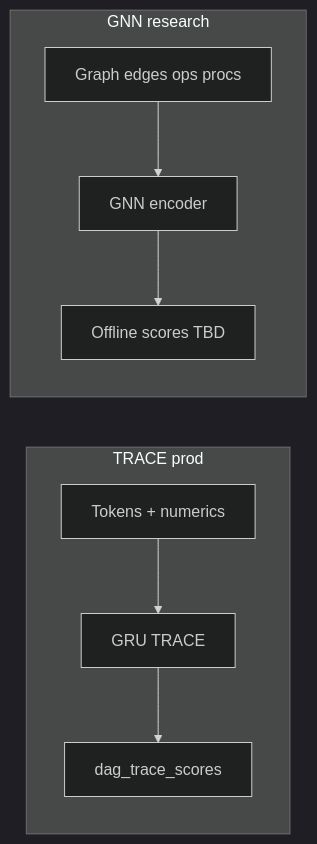
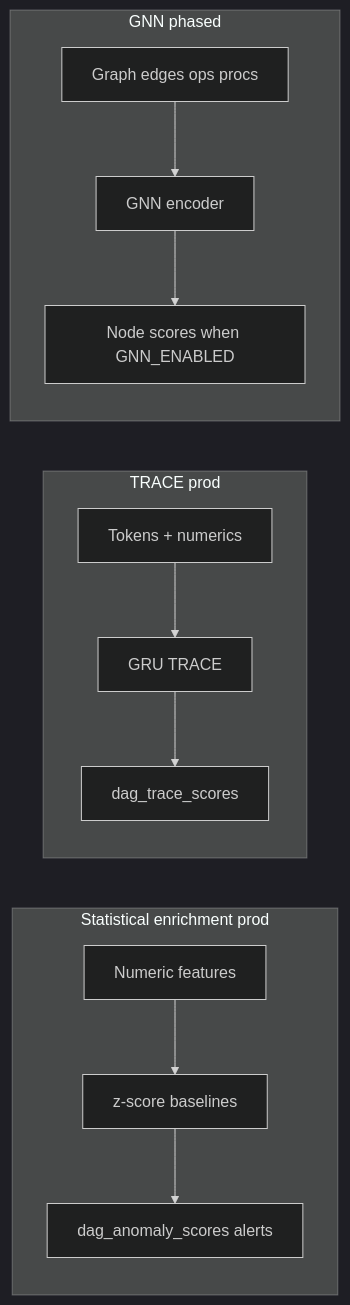
Before and after one commit to hilt-ai/docs: the fourth of 4 diagrams in dev/detection-ml/gnn.mdx, drawn with Mermaid (dark theme). The commit also changed other lines of this file and 44 other files, not shown here.

````diff
--- a/dev/detection-ml/gnn.mdx
+++ b/dev/detection-ml/gnn.mdx
@@ -102,11 +104,15 @@
 ```mermaid
 flowchart LR
+  subgraph stat [Statistical enrichment prod]
+    sIn[Numeric features] --> sScore[z-score baselines]
+    sScore --> sOut[dag_anomaly_scores alerts]
+  end
   subgraph trace [TRACE prod]
     tIn[Tokens + numerics] --> tModel[GRU TRACE]
     tModel --> tOut[dag_trace_scores]
   end
-  subgraph gnn [GNN research]
+  subgraph gnn [GNN phased]
     gIn[Graph edges ops procs] --> gModel[GNN encoder]
-    gModel --> gOut[Offline scores TBD]
+    gModel --> gOut[Node scores when GNN_ENABLED]
   end
 ```
````
